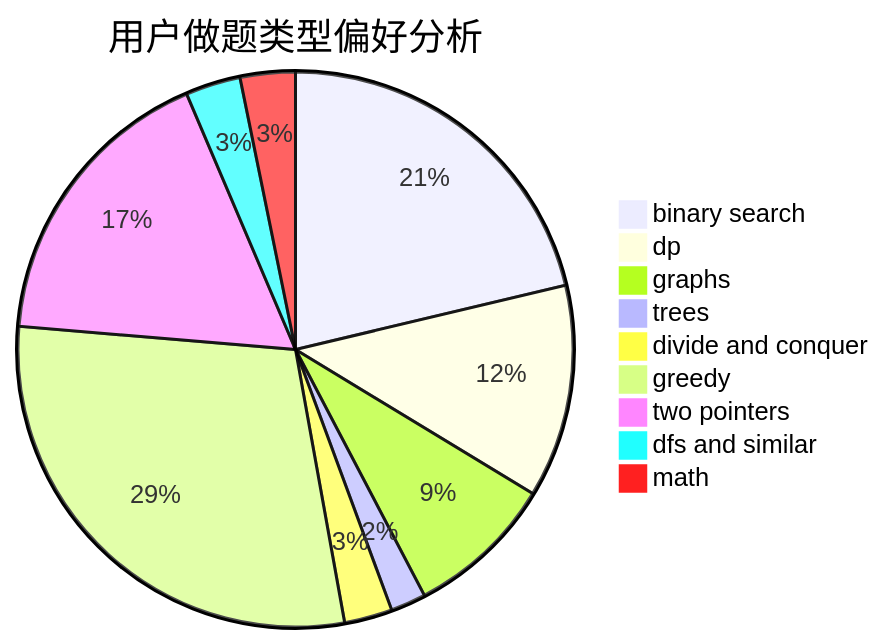
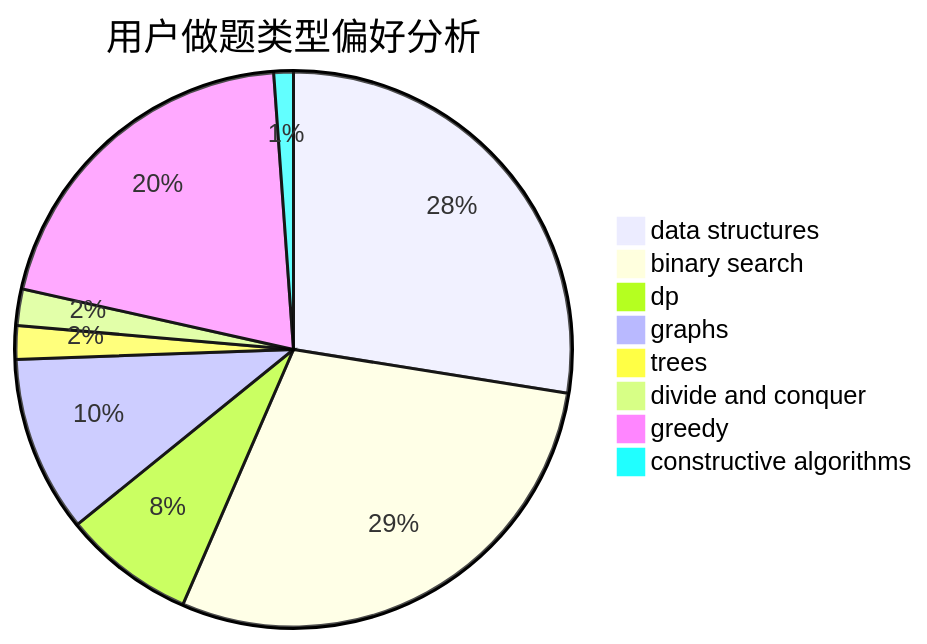
The second of 3 diagrams in docs/user/u1861.md (sherpahu/cfrs.github.io), drawn with Mermaid before and after one commit. The commit also changed other lines of this file and 2775 other files, not shown here.

````diff
--- a/docs/user/u1861.md
+++ b/docs/user/u1861.md
@@ -23,12 +23,11 @@
 ```mermaid
 pie title 用户做题类型偏好分析
-    "binary search" :  259
-    "dp" :  151
-    "graphs" :  105
-    "trees" :  25
-    "divide and conquer" :  34
-    "greedy" :  355
-    "two pointers" :  210
-    "dfs and similar" :  39
-    "math" :  39
+    "data structures" :  169
+    "binary search" :  178
+    "dp" :  47
+    "graphs" :  63
+    "trees" :  12
+    "divide and conquer" :  13
+    "greedy" :  125
+    "constructive algorithms" :  7
 ```
````
